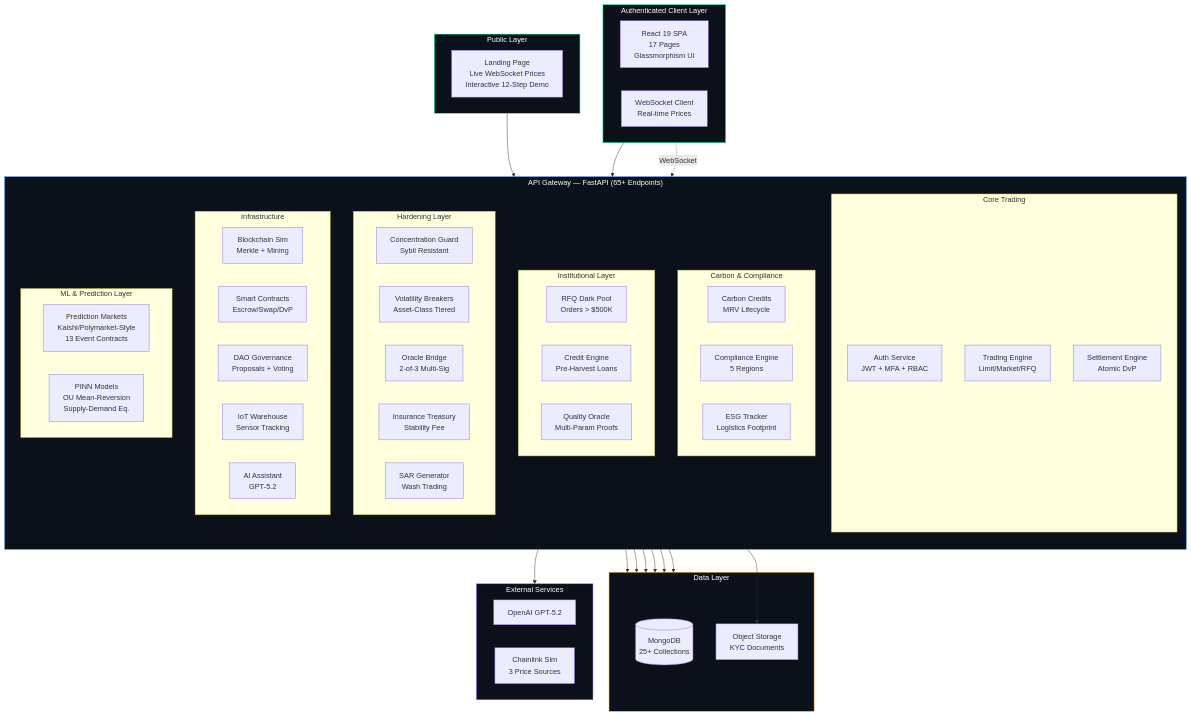
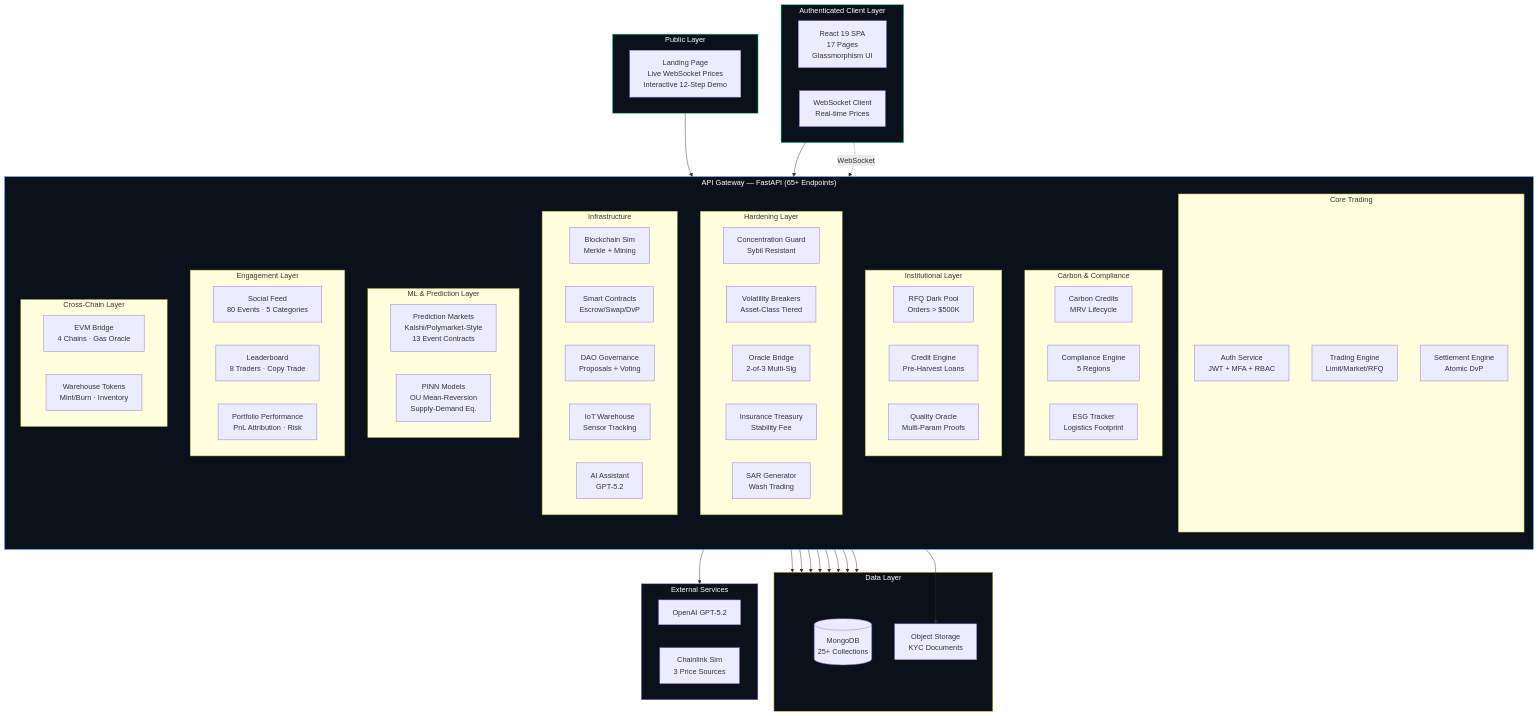
Before and after one commit to jai2033shankar/FutureExchange: the first of 6 diagrams in README.md, drawn with Mermaid. The commit also changed other lines of this file and 1 other file, not shown here.

```diff
--- a/README.md
+++ b/README.md
@@ -141,6 +141,15 @@
             PRED["Prediction Markets<br/>Kalshi/Polymarket-Style<br/>13 Event Contracts"]
             PINN["PINN Models<br/>OU Mean-Reversion<br/>Supply-Demand Eq."]
         end
+        subgraph SOCIAL["Engagement Layer"]
+            FEED["Social Feed<br/>80 Events · 5 Categories"]
+            LEADER["Leaderboard<br/>8 Traders · Copy Trade"]
+            PERF["Portfolio Performance<br/>PnL Attribution · Risk"]
+        end
+        subgraph BRIDGE["Cross-Chain Layer"]
+            EVM["EVM Bridge<br/>4 Chains · Gas Oracle"]
+            WHTOK["Warehouse Tokens<br/>Mint/Burn · Inventory"]
+        end
     end
 
     subgraph DATA["Data Layer"]
@@ -164,6 +173,8 @@
     INFRA --> DATA
     INFRA --> EXTERNAL
     ML --> DATA
+    SOCIAL --> DATA
+    BRIDGE --> DATA
 
     AUTH --> OBJSTORE
 
```
